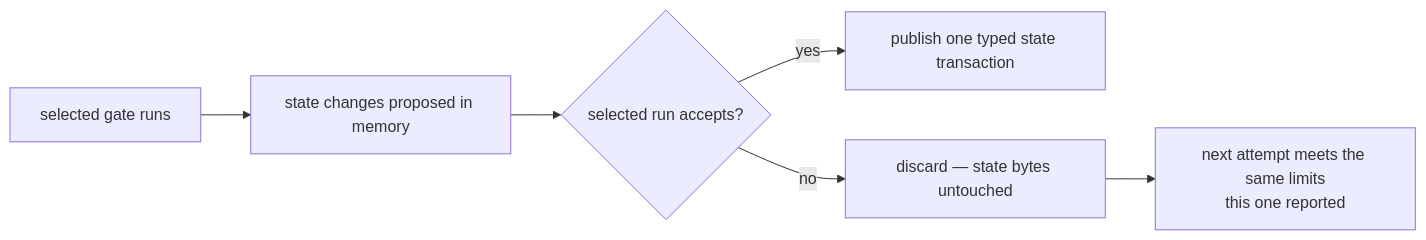
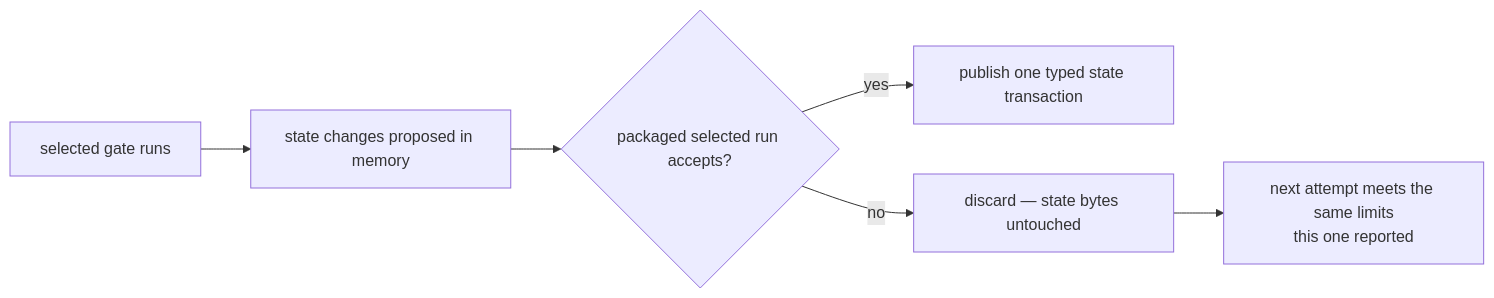
The fourth of 13 diagrams in docs/product/checks.md (infimalabs/spice-rust), drawn with Mermaid before and after one commit. The commit also changed other lines of this file and 120 other files, not shown here.

````diff
--- a/docs/product/checks.md
+++ b/docs/product/checks.md
@@ -112,8 +117,8 @@
 ```mermaid
 flowchart LR
   G["selected gate runs"] --> D["state changes proposed in memory"]
-  D --> V{"selected run accepts?"}
+  D --> V{"packaged selected run accepts?"}
   V -- yes --> C["publish one typed state transaction"]
   V -- no --> X["discard — state bytes untouched"]
   X --> N["next attempt meets the same limits<br/>this one reported"]
 ```
````
